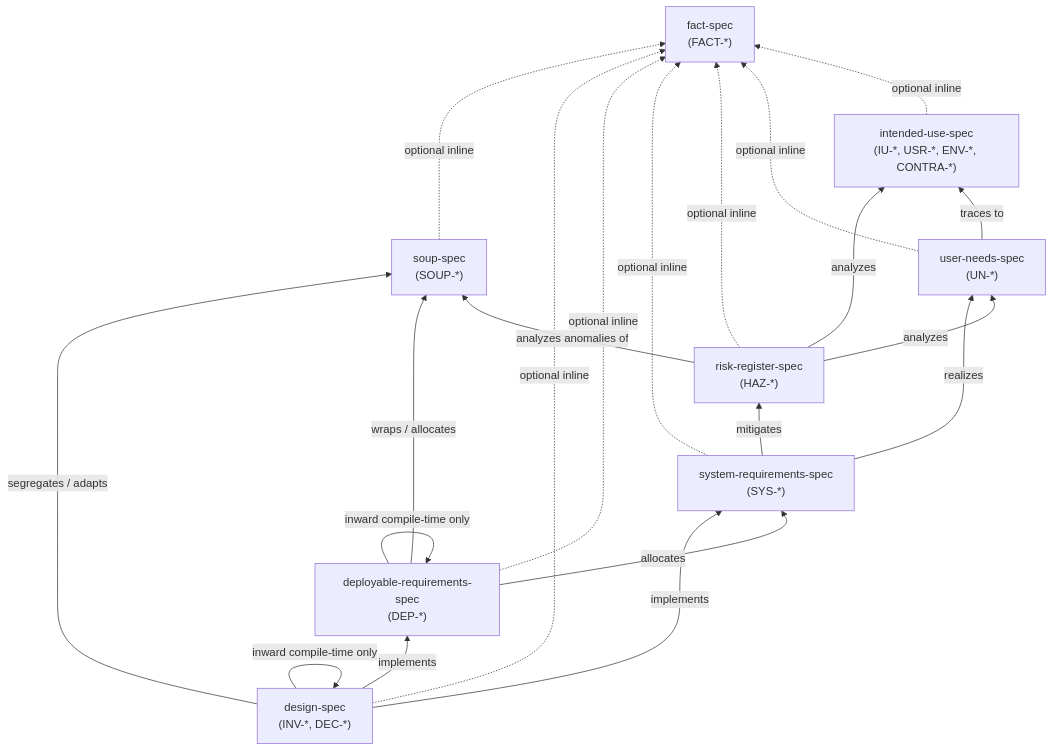
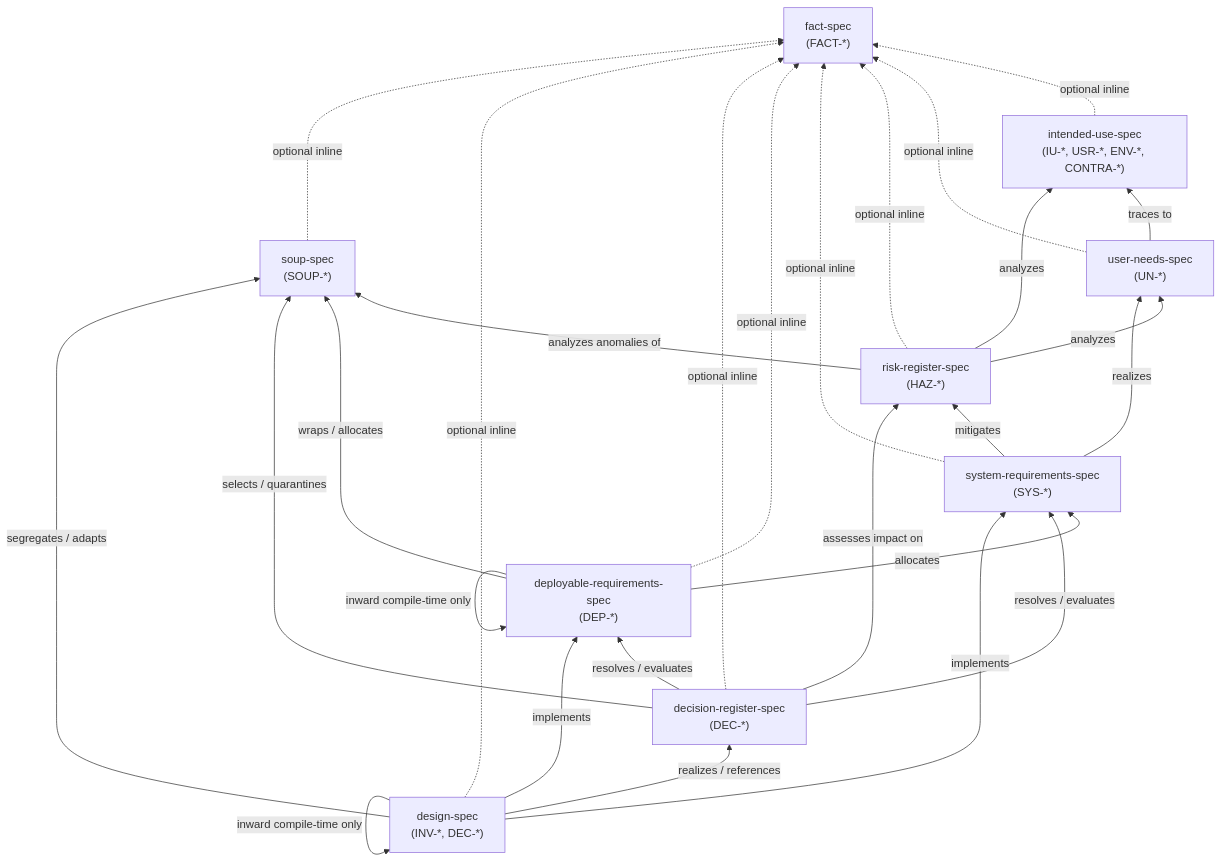
The diagram in source/spec/qms-spec.md (zerotwooneone/percolator), drawn with Mermaid before and after one commit. The commit also changed other lines of this file and 2 other files, not shown here.

Commit message:
add decision-register-spec and align design-spec with ISO 13485, FDA 21 CFR 820, and AAMI TIR45

````diff
--- a/source/spec/qms-spec.md
+++ b/source/spec/qms-spec.md
@@ -18,32 +19,39 @@
 ```mermaid
 flowchart BT
     FACT["fact-spec<br/>(FACT-*)"]
     IU["intended-use-spec<br/>(IU-*, USR-*, ENV-*, CONTRA-*)"]
     UN["user-needs-spec<br/>(UN-*)"]
     RR["risk-register-spec<br/>(HAZ-*)"]
     SYS["system-requirements-spec<br/>(SYS-*)"]
     DEP["deployable-requirements-spec<br/>(DEP-*)"]
+    DEC["decision-register-spec<br/>(DEC-*)"]
     DSN["design-spec<br/>(INV-*, DEC-*)"]
     SOUP["soup-spec<br/>(SOUP-*)"]
 
     IU -.->|optional inline| FACT
     UN -->|traces to| IU
     UN -.->|optional inline| FACT
     RR -->|analyzes| IU
     RR -->|analyzes| UN
     RR -->|analyzes anomalies of| SOUP
     RR -.->|optional inline| FACT
     SYS -->|realizes| UN
     SYS -->|mitigates| RR
     SYS -.->|optional inline| FACT
     DEP -->|allocates| SYS
     DEP -->|wraps / allocates| SOUP
     DEP -->|inward compile-time only| DEP
     DEP -.->|optional inline| FACT
+    DEC -->|resolves / evaluates| SYS
+    DEC -->|resolves / evaluates| DEP
+    DEC -->|assesses impact on| RR
+    DEC -->|selects / quarantines| SOUP
+    DEC -.->|optional inline| FACT
     DSN -->|implements| DEP
     DSN -->|implements| SYS
+    DSN -->|realizes / references| DEC
     DSN -->|segregates / adapts| SOUP
     DSN -->|inward compile-time only| DSN
     DSN -.->|optional inline| FACT
     SOUP -.->|optional inline| FACT
 ```
````
